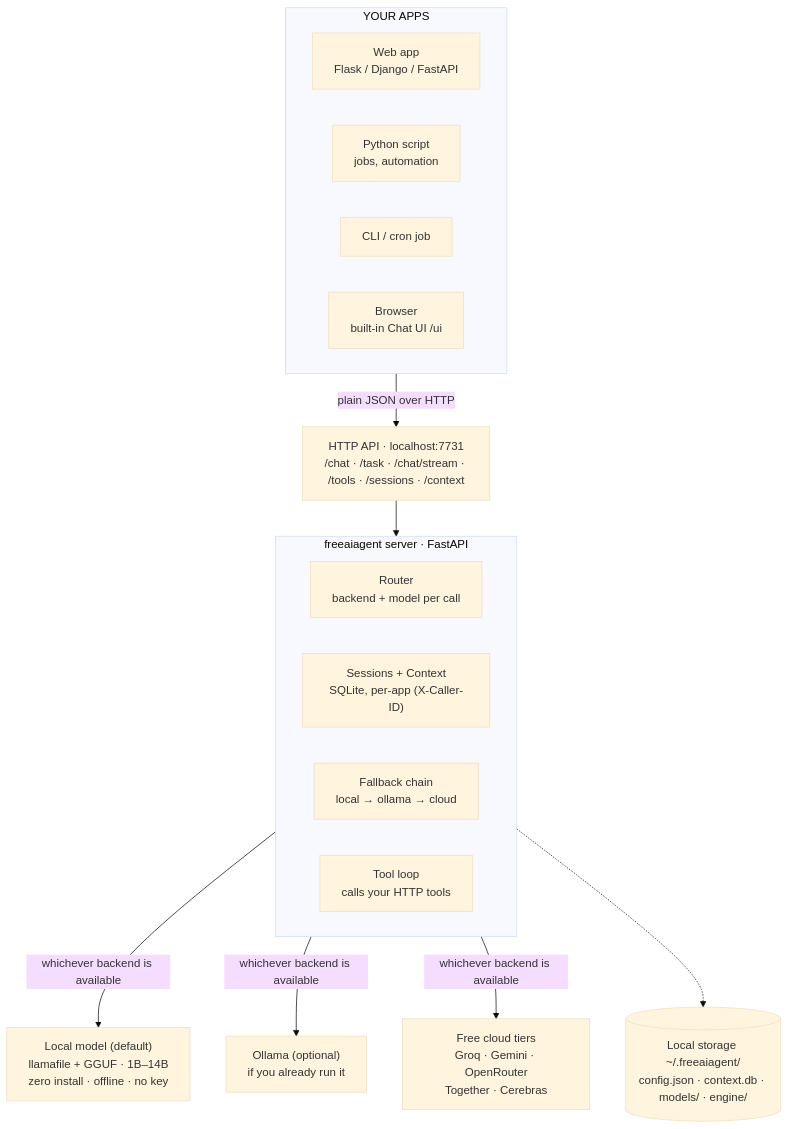
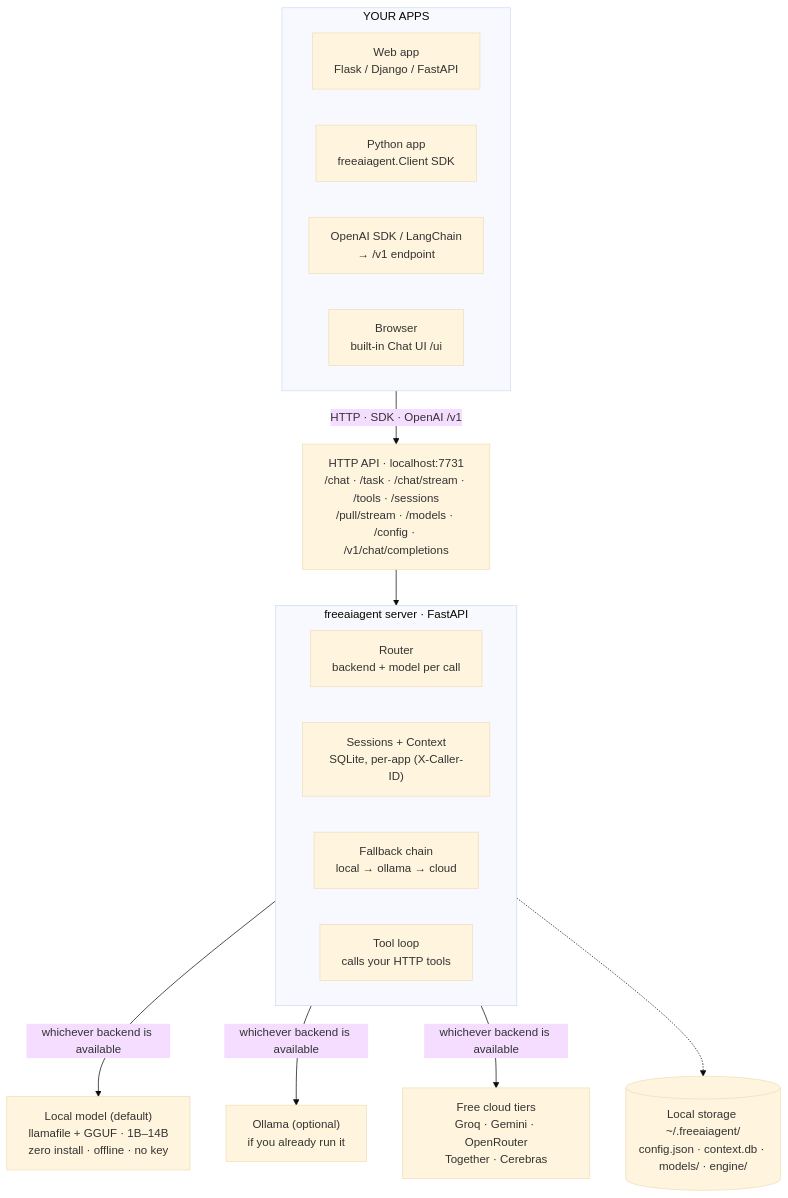
Before and after one commit to shubham10divakar/freeaiagent: the diagram in README.md, drawn with Mermaid (base theme). The commit also changed other lines of this file, not shown here.

First line of the commit message:
README: surface Phase 5 in intro, architecture, and CLI

````diff
--- a/README.md
+++ b/README.md
@@ -32,31 +35,31 @@
 ```mermaid
 flowchart TD
     subgraph apps["YOUR APPS"]
         A1["Web app<br/>Flask / Django / FastAPI"]
-        A2["Python script<br/>jobs, automation"]
-        A3["CLI / cron job"]
+        A2["Python app<br/>freeaiagent.Client SDK"]
+        A3["OpenAI SDK / LangChain<br/>→ /v1 endpoint"]
         A4["Browser<br/>built-in Chat UI /ui"]
     end
 
-    apps -->|"plain JSON over HTTP"| API
+    apps -->|"HTTP · SDK · OpenAI /v1"| API
 
-    API["HTTP API · localhost:7731<br/>/chat · /task · /chat/stream · /tools · /sessions · /context"]
+    API["HTTP API · localhost:7731<br/>/chat · /task · /chat/stream · /tools · /sessions<br/>/pull/stream · /models · /config · /v1/chat/completions"]
 
     API --> CORE
 
     subgraph CORE["freeaiagent server · FastAPI"]
         R["Router<br/>backend + model per call"]
         S["Sessions + Context<br/>SQLite, per-app (X-Caller-ID)"]
         F["Fallback chain<br/>local → ollama → cloud"]
         T["Tool loop<br/>calls your HTTP tools"]
     end
 
     CORE -->|"whichever backend is available"| B1 & B2 & B3
 
     B1["Local model (default)<br/>llamafile + GGUF · 1B–14B<br/>zero install · offline · no key"]
     B2["Ollama (optional)<br/>if you already run it"]
     B3["Free cloud tiers<br/>Groq · Gemini · OpenRouter<br/>Together · Cerebras"]
 
     DB[("Local storage ~/.freeaiagent/<br/>config.json · context.db · models/ · engine/")]
     CORE -.-> DB
 ```
````
